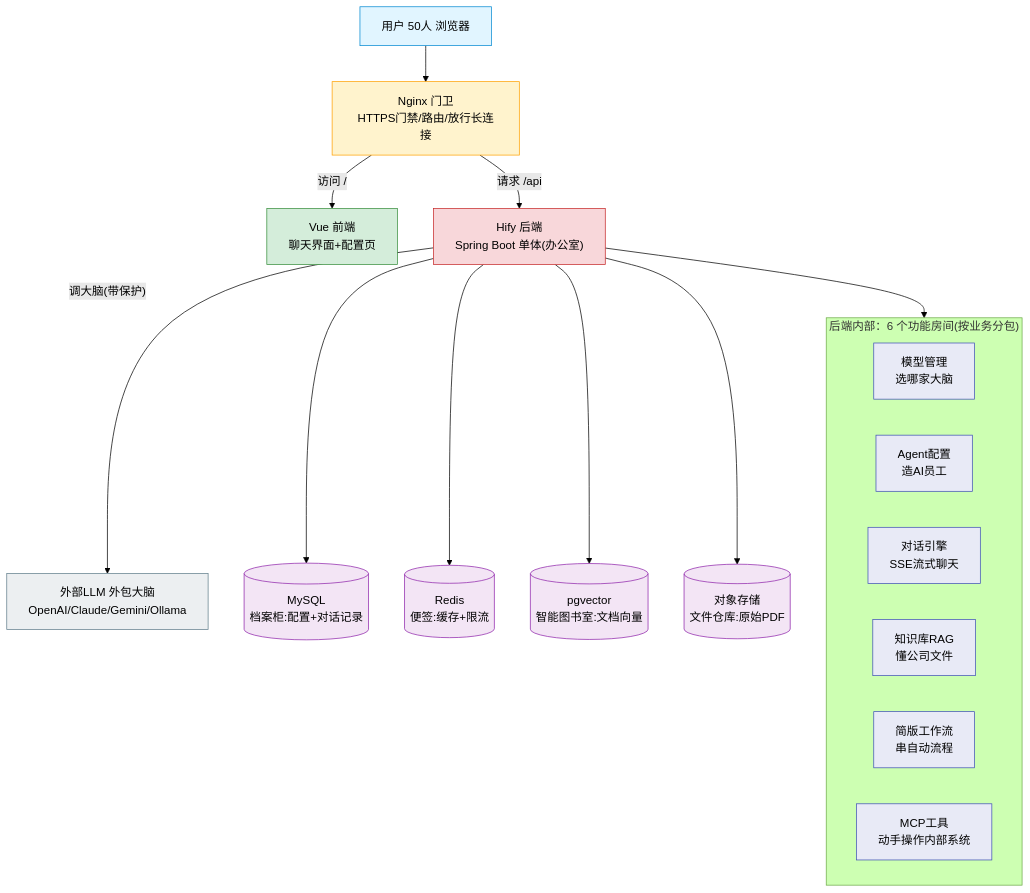
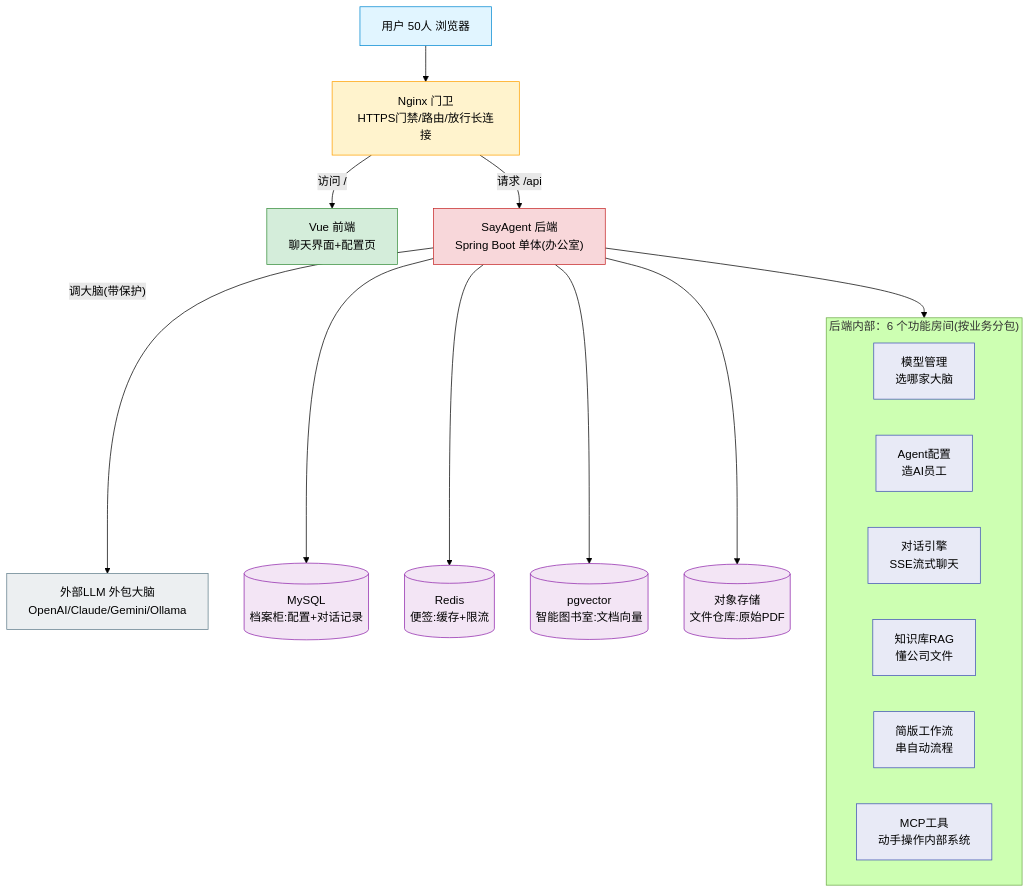
Before and after one commit to ailetian/SayAgent: the diagram in doc/08_架构图与讲解.md, drawn with Mermaid (forest theme). The commit also changed other lines of this file and 34 other files, not shown here.

Commit message:
rename: 品牌名 Hify → SayAgent（仅展示名；保留 Java 包/库名/配置前缀）

````diff
--- a/doc/08_架构图与讲解.md
+++ b/doc/08_架构图与讲解.md
@@ -10,31 +10,31 @@
 ```mermaid
 flowchart TB
     U["用户 50人 浏览器"]:::user --> N["Nginx 门卫<br/>HTTPS门禁/路由/放行长连接"]:::gate
     N -->|"访问 /"| F["Vue 前端<br/>聊天界面+配置页"]:::fe
-    N -->|"请求 /api"| B["Hify 后端<br/>Spring Boot 单体(办公室)"]:::be
+    N -->|"请求 /api"| B["SayAgent 后端<br/>Spring Boot 单体(办公室)"]:::be
 
     subgraph CORE["后端内部：6 个功能房间(按业务分包)"]
         direction LR
         M["模型管理<br/>选哪家大脑"]:::mod
         A["Agent配置<br/>造AI员工"]:::mod
         C["对话引擎<br/>SSE流式聊天"]:::mod
         K["知识库RAG<br/>懂公司文件"]:::mod
         W["简版工作流<br/>串自动流程"]:::mod
         P["MCP工具<br/>动手操作内部系统"]:::mod
     end
 
     B --> CORE
     B -->|"调大脑(带保护)"| LLM["外部LLM 外包大脑<br/>OpenAI/Claude/Gemini/Ollama"]:::ext
     B --> SQL[("MySQL<br/>档案柜:配置+对话记录")]:::db
     B --> REDIS[("Redis<br/>便签:缓存+限流")]:::db
     B --> VEC[("pgvector<br/>智能图书室:文档向量")]:::db
     B --> FILE[("对象存储<br/>文件仓库:原始PDF")]:::db
 
     classDef user fill:#e1f5ff,stroke:#0288d1
     classDef gate fill:#fff3cd,stroke:#ffa000
     classDef fe fill:#d4edda,stroke:#388e3c
     classDef be fill:#f8d7da,stroke:#c62828
     classDef mod fill:#e8eaf6,stroke:#3f51b5
     classDef ext fill:#eceff1,stroke:#607d8b
     classDef db fill:#f3e5f5,stroke:#8e24aa
 ```
````
